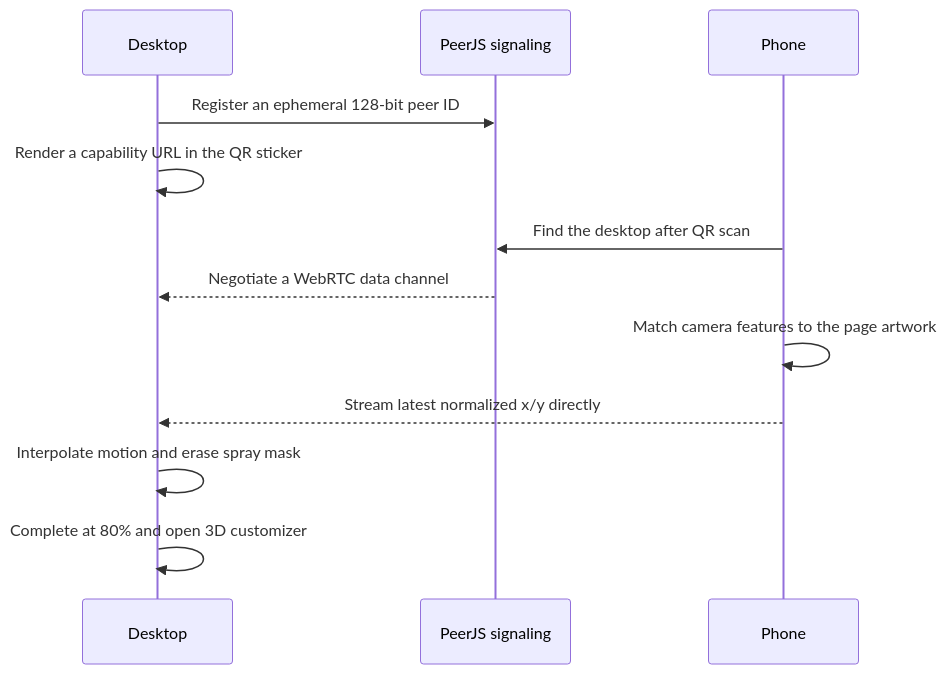
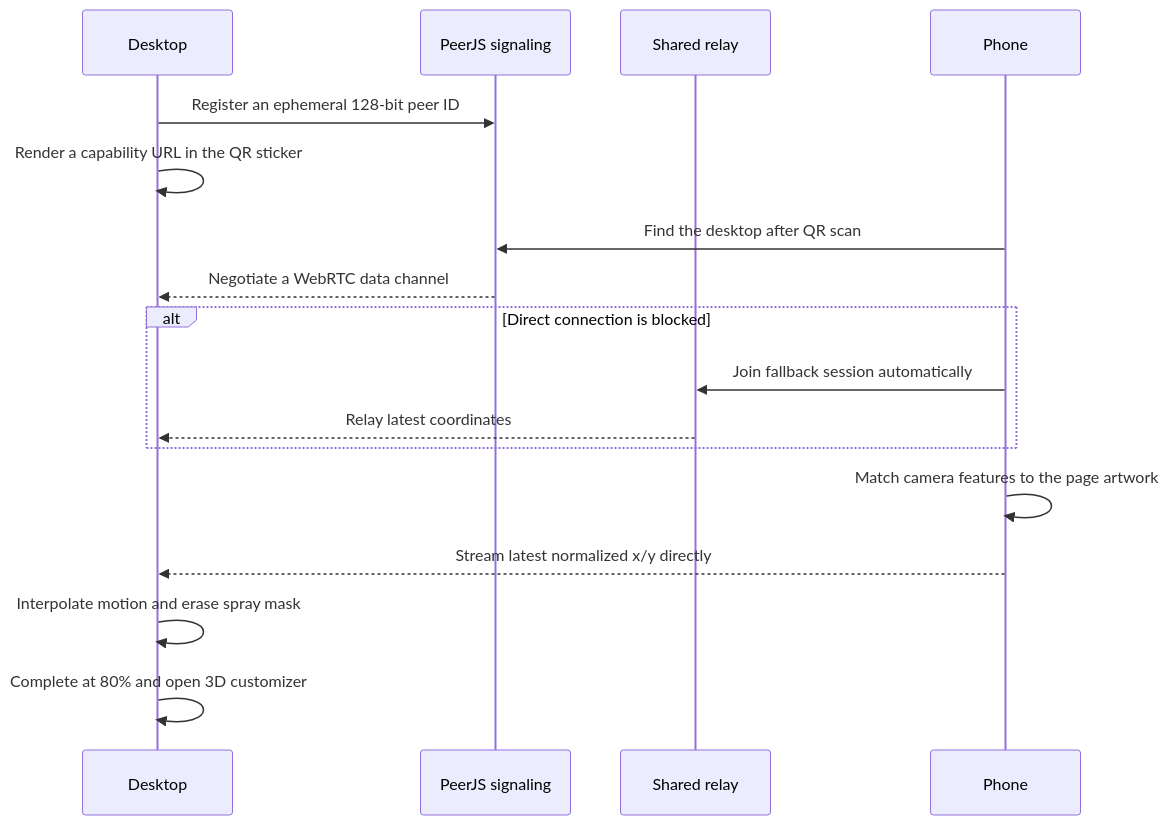
One commit to thenpceo/sunday-phone-paint-demo changed the diagram in README.md. Above: the diagram before and after it, drawn with Mermaid. The commit also changed other lines of this file and 4 other files, not shown here.

````diff
--- a/README.md
+++ b/README.md
@@ -26,15 +26,20 @@
 ```mermaid
 sequenceDiagram
   participant D as Desktop
   participant S as PeerJS signaling
+  participant R as Shared relay
   participant P as Phone
 
   D->>S: Register an ephemeral 128-bit peer ID
   D->>D: Render a capability URL in the QR sticker
   P->>S: Find the desktop after QR scan
   S-->>D: Negotiate a WebRTC data channel
+  alt Direct connection is blocked
+    P->>R: Join fallback session automatically
+    R-->>D: Relay latest coordinates
+  end
   P->>P: Match camera features to the page artwork
   P-->>D: Stream latest normalized x/y directly
   D->>D: Interpolate motion and erase spray mask
   D->>D: Complete at 80% and open 3D customizer
 ```
````
